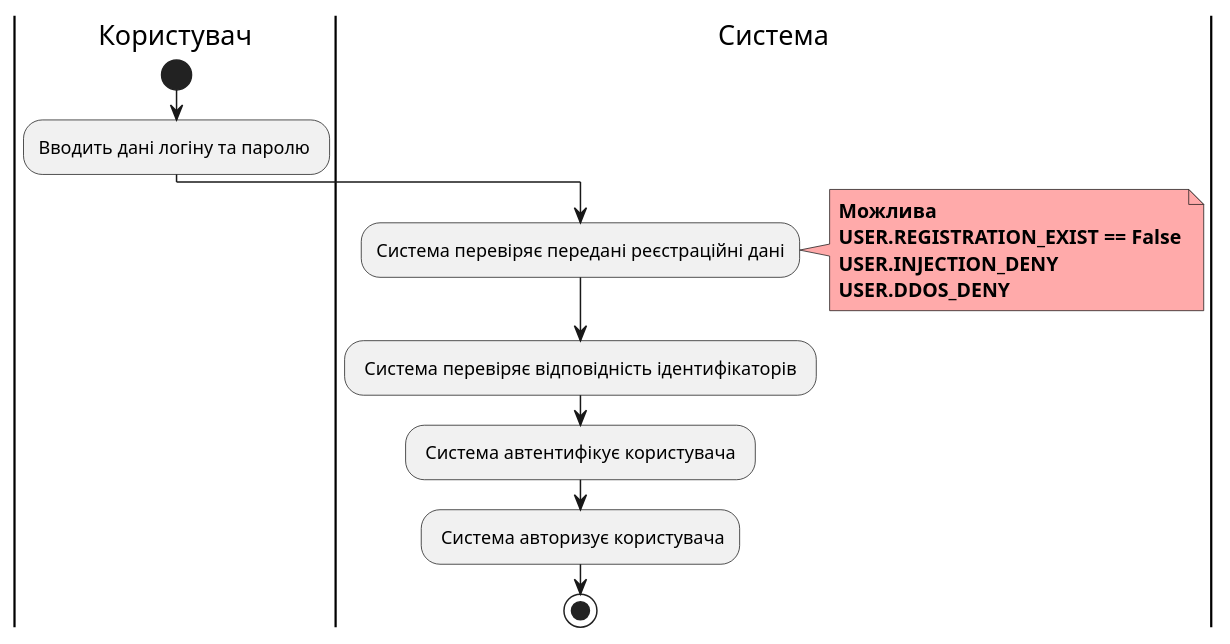
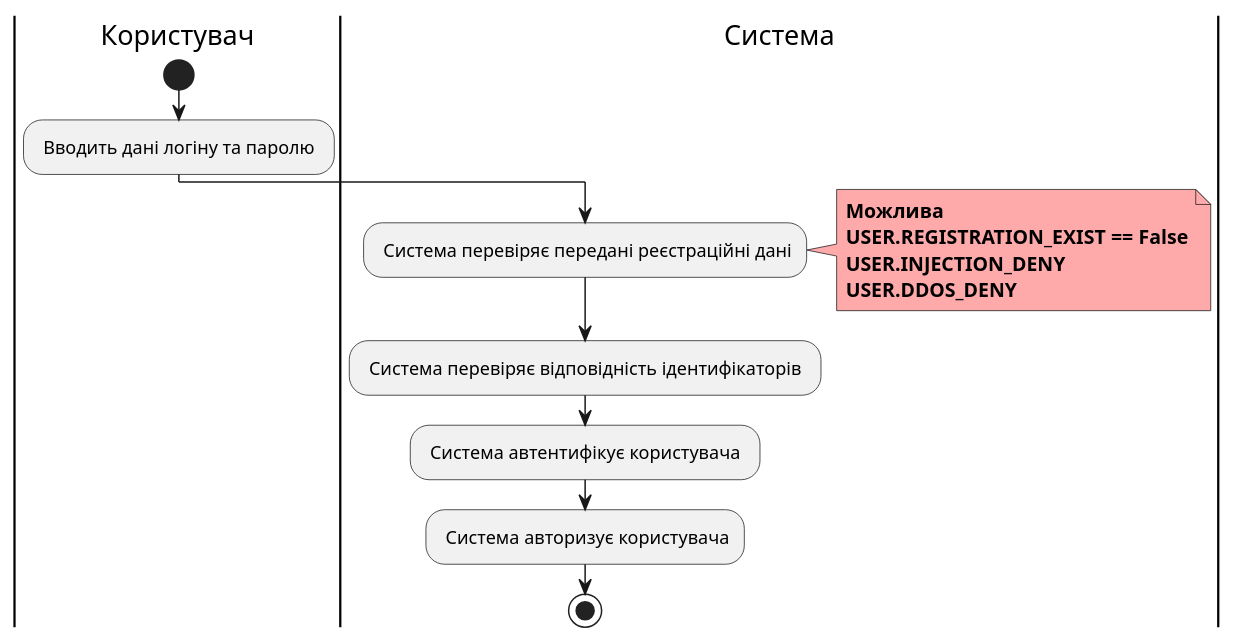
Before and after one commit to edu-db/edu_db_labs: the third of 7 diagrams in docs/use cases/README.md, drawn with PlantUML. The commit also changed other lines of this file, not shown here.

```diff
--- a/docs/use cases/README.md
+++ b/docs/use cases/README.md
@@ -93,24 +93,24 @@
 @startuml
 
 |Користувач|
 start
-:Вводить дані логіну та паролю ;
+: Вводить дані логіну та паролю ;
 
 |Система|
-:Система перевіряє передані реєстраційні дані;
+: Система перевіряє передані реєстраційні дані;
 note right #ffaaaa
 <b>Можлива</b>
 <b>USER.REGISTRATION_EXIST == False</b>
 <b>USER.INJECTION_DENY</b>
 <b>USER.DDOS_DENY</b>
 end note
 
     : Система перевіряє відповідність ідентифікаторів ;
 
     : Система автентифікує користувача ;
 
     : Система авторизує користувача;
 
     stop;
 
 @enduml
```
